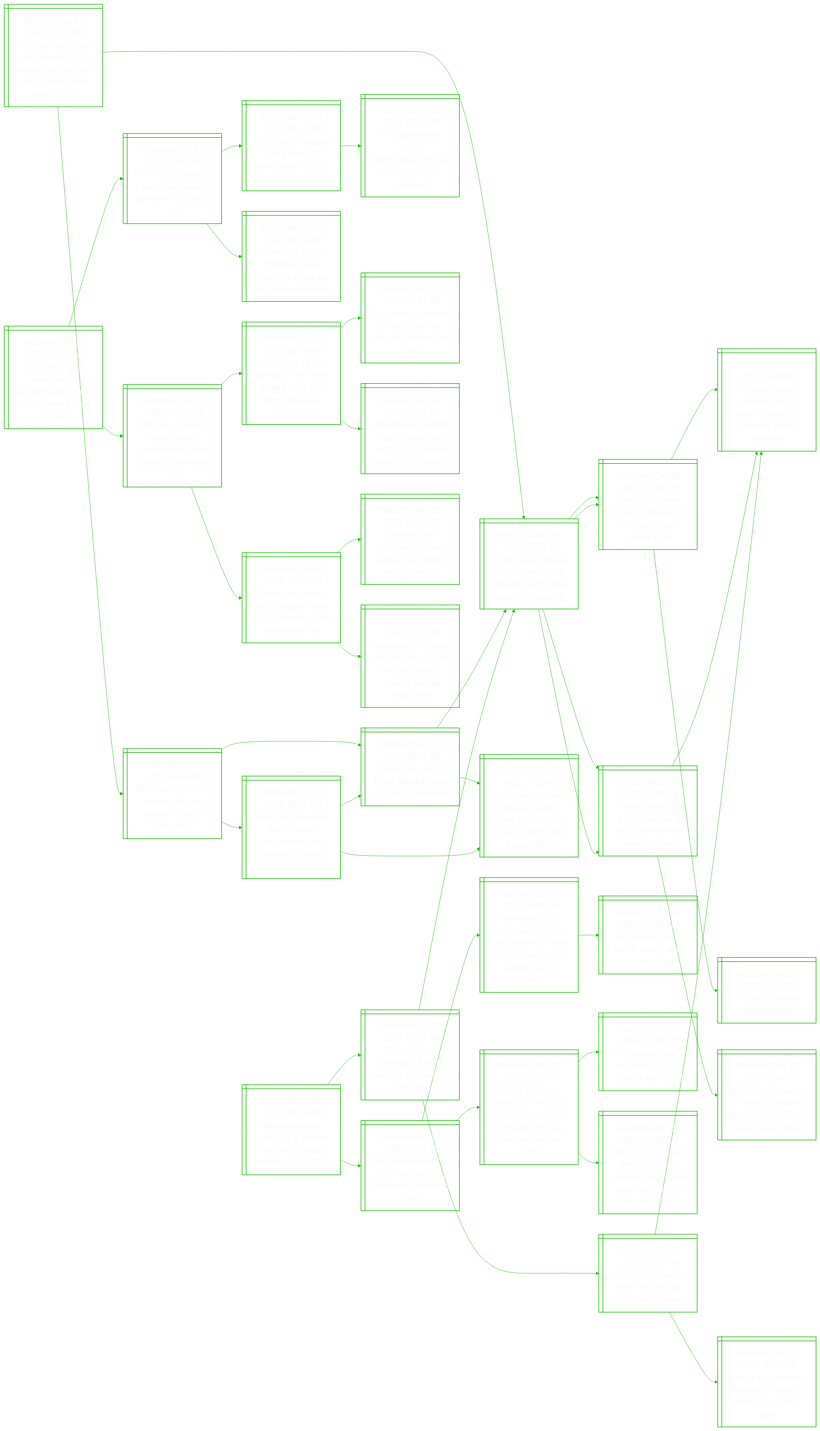
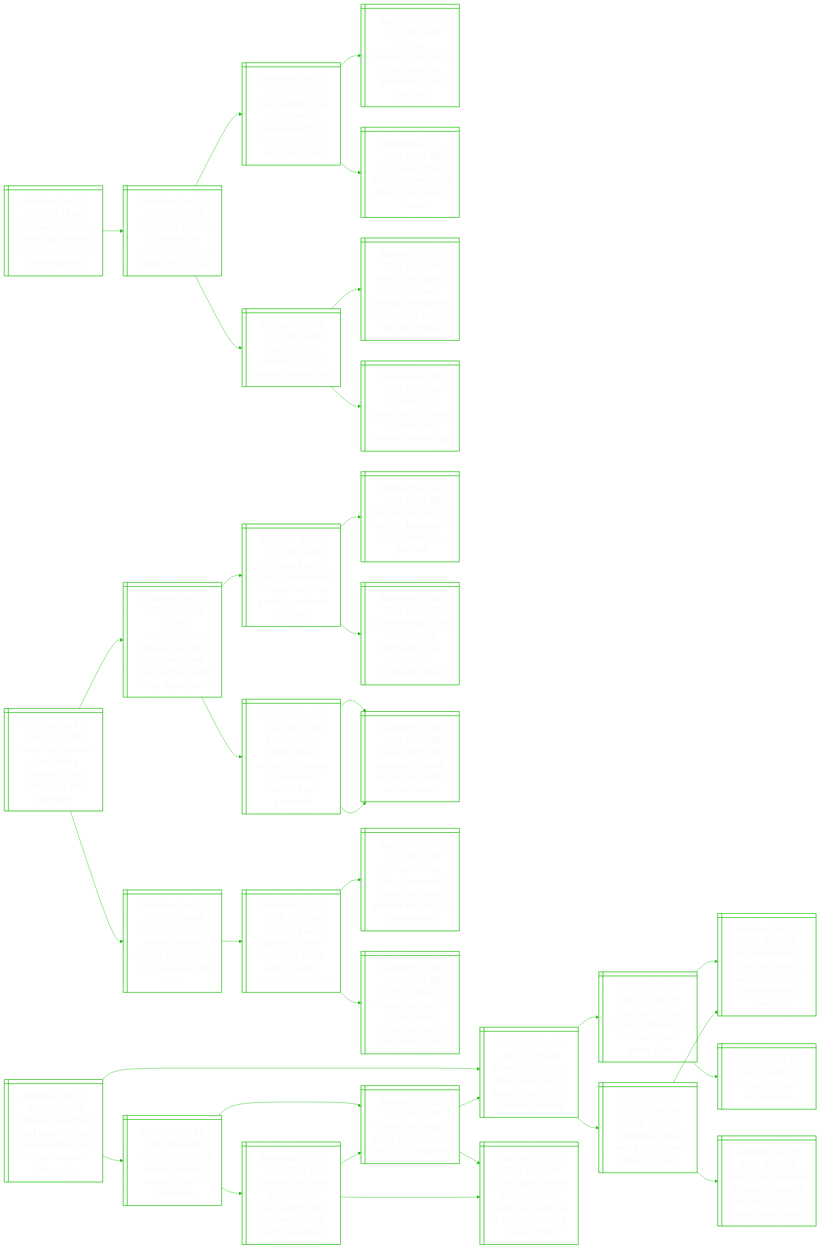
Before and after one commit to notJmes/notJmes: the diagram in README.md, drawn with Mermaid. The commit also changed other lines of this file, not shown here.

````diff
--- a/README.md
+++ b/README.md
@@ -15,6 +15,68 @@
 %%{init: {'theme':'base', 'themeVariables': {'primaryColor': "transparent", 'primaryTextColor': "#F9F9F9", 'lineColor': "#20C20E", 'primaryBorderColor':'#20C20E'}}}%%
 flowchart LR
 classDef txtsize font-size:20px;
+
+UedIlbiecaoWie@{ shape: win-pane, label: "_Published Jan 01, 2026, 09:14 AM_
+Un chief condemns israeli law blocking electricity, water for unrwa facilities" }
+Udiarutahu@{ shape: win-pane, label: "_Published Dec 29, 2025, 07:26 PM_
+Us pledges $2.6b in humanitarian support to un after huge cuts in 2025" }
+Uwrgyeasuaaura@{ shape: win-pane, label: "_Published Feb 28, 2025, 01:14 AM_
+Usaid workers say goodbye to headquarters as trump drastically cuts foreign aid" }
+Taitahnetidr@{ shape: win-pane, label: "_Published Feb 27, 2025, 09:53 AM_
+Trump administration says it has cancelled most foreign aid contracts" }
+Uuoenidrpri@{ shape: win-pane, label: "_Published Jan 25, 2025, 03:12 AM_
+Us issues broad freeze on foreign aid after trump orders review" }
+Usierian@{ shape: win-pane, label: "_Published Dec 08, 2025, 01:06 PM_
+Un cuts its aid appeal for 2026 despite soaring need" }
+TfsoaeivtacWudfa@{ shape: win-pane, label: "_Published Dec 03, 2025, 03:40 PM_
+Tens of thousands of gazans need medical evacuation, says doctors without borders official" }
+UsloolAfoia@{ shape: win-pane, label: "_Published Dec 06, 2025, 01:00 AM_
+Us sets 2027 deadline for europe to lead nato defence, officials say" }
+
+UedIlbiecaoWie:::txtsize --> Udiarutahu:::txtsize
+Udiarutahu:::txtsize --> Uwrgyeasuaaura:::txtsize
+Uwrgyeasuaaura:::txtsize --> Taitahnetidr:::txtsize
+Uwrgyeasuaaura:::txtsize --> Uuoenidrpri:::txtsize
+Udiarutahu:::txtsize --> Usierian:::txtsize
+Usierian:::txtsize --> TfsoaeivtacWudfa:::txtsize
+Usierian:::txtsize --> UsloolAfoia:::txtsize
+
+TsaarnoriLPa@{ shape: win-pane, label: "_Published Jan 01, 2026, 08:10 AM_
+Trump says national guard being removed from chicago, la and portland" }
+Taiteeiwniinorem@{ shape: win-pane, label: "_Published Oct 06, 2025, 12:28 AM_
+Trump administration declares us cities war zones amid rising tension over troop deployment" }
+UgcuemfoiGttfw@{ shape: win-pane, label: "_Published Oct 05, 2025, 09:28 AM_
+Us judge blocks trump’s deployment of oregon national guard to portland for now" }
+OntpplnStol@{ shape: win-pane, label: "_Published Sep 29, 2025, 07:15 AM_
+Oregon sues to stop trump’s deployment of us military to portland" }
+Twtfattaawrtr@{ shape: win-pane, label: "_Published Oct 04, 2025, 09:32 AM_
+Trump wants to cut federal aid to portland as his anger with protesters grows" }
+BronomCgrtonpn@{ shape: win-pane, label: "_Published Oct 05, 2025, 05:40 AM_
+Border patrol agents shoot woman in chicago as protesters confront ice personnel" }
+Pefttrshoatev@{ shape: win-pane, label: "_Published Oct 04, 2025, 03:30 AM_
+Police scuffle with protesters outside chicago ice facility, arrest several" }
+Pefttrshoatev@{ shape: win-pane, label: "_Published Oct 04, 2025, 03:30 AM_
+Police scuffle with protesters outside chicago ice facility, arrest several" }
+Uroespidyicrr@{ shape: win-pane, label: "_Published Dec 24, 2025, 06:14 AM_
+Us supreme court rejects trump’s military deployment in chicago area, for now" }
+NnaioraTcfiDrlr@{ shape: win-pane, label: "_Published Oct 09, 2025, 09:58 AM_
+National guard poised to enter chicago as trump calls for jailing democratic leaders" }
+TcfiDrlrrprCgln@{ shape: win-pane, label: "_Published Oct 08, 2025, 09:31 PM_
+Trump calls for jailing democratic leaders as troops prepare for chicago deployment" }
+TsanIroeahwhcce@{ shape: win-pane, label: "_Published Oct 08, 2025, 12:02 AM_
+Trump’s threat to invoke insurrection act escalates showdown with democratic cities" }
+
+TsaarnoriLPa:::txtsize --> Taiteeiwniinorem:::txtsize
+Taiteeiwniinorem:::txtsize --> UgcuemfoiGttfw:::txtsize
+UgcuemfoiGttfw:::txtsize --> OntpplnStol:::txtsize
+UgcuemfoiGttfw:::txtsize --> Twtfattaawrtr:::txtsize
+Taiteeiwniinorem:::txtsize --> BronomCgrtonpn:::txtsize
+BronomCgrtonpn:::txtsize --> Pefttrshoatev:::txtsize
+BronomCgrtonpn:::txtsize --> Pefttrshoatev:::txtsize
+TsaarnoriLPa:::txtsize --> Uroespidyicrr:::txtsize
+Uroespidyicrr:::txtsize --> NnaioraTcfiDrlr:::txtsize
+NnaioraTcfiDrlr:::txtsize --> TcfiDrlrrprCgln:::txtsize
+NnaioraTcfiDrlr:::txtsize --> TsanIroeahwhcce:::txtsize
 
 Unlyhtwealpnwu@{ shape: win-pane, label: "_Published Jan 01, 2026, 07:29 AM_
 Ukraine’s zelensky says he won’t sign weak deal that will only prolong war with russia" }
@@ -62,84 +124,4 @@
 Woouscttkecuen:::txtsize --> RaUnaPsKahieiaf:::txtsize
 Woouscttkecuen:::txtsize --> Tvnbldcure:::txtsize
 
-Usrrfrreiscrs@{ shape: win-pane, label: "_Published Jan 01, 2026, 06:44 AM_
-Us coast guard searches for survivors after strike on suspected drug vessels" }
-Irseravrrfas@{ shape: win-pane, label: "_Published Oct 17, 2025, 08:00 AM_
-In a first, us strike in caribbean leaves survivors, us official says" }
-UiaegonllTs@{ shape: win-pane, label: "_Published Oct 15, 2025, 04:50 AM_
-Us strike on alleged drug boat off venezuela kills six, trump says" }
-Ugcumtoeonns@{ shape: win-pane, label: "_Published Sep 02, 2025, 09:49 PM_
-Us judge blocks trump administration’s use of troops in los angeles" }
-UuCiboontnls@{ shape: win-pane, label: "_Published Oct 11, 2025, 07:58 AM_
-Un security council members voice concern about us-venezuela tensions" }
-Voiriorrlisms@{ shape: win-pane, label: "_Published Dec 05, 2025, 01:36 AM_
-Video of us military strike shows survivors in ‘clear distress’, lawmaker says" }
-UikperngutVura@{ shape: win-pane, label: "_Published Sep 03, 2025, 04:19 AM_
-Us military kills 11 people in strike on alleged drug boat from venezuela, trump says" }
-Ulfsrafapay@{ shape: win-pane, label: "_Published Aug 30, 2025, 03:43 AM_
-Us builds up forces in caribbean as officials, experts, ask why" }
-VuMoUswieggoy@{ shape: win-pane, label: "_Published Sep 02, 2025, 01:19 AM_
-Venezuela’s maduro says us warships with 1,200 missiles targeting his country" }
-PgvaHtrasoei@{ shape: win-pane, label: "_Published Dec 04, 2025, 05:30 AM_
-Pentagon review faults hegseth over signal messages on yemen strikes" }
-WHmkssnliui@{ shape: win-pane, label: "_Published Mar 25, 2025, 04:50 AM_
-White house mistakenly shares yemen war plans with journalist" }
-Pgitsahltnkldb@{ shape: win-pane, label: "_Published Dec 03, 2025, 03:21 AM_
-Pentagon chief pete hegseth says us has ‘only just begun’ striking alleged drug boats" }
-
-Usrrfrreiscrs:::txtsize --> Irseravrrfas:::txtsize
-Irseravrrfas:::txtsize --> UiaegonllTs:::txtsize
-UiaegonllTs:::txtsize --> Ugcumtoeonns:::txtsize
-Irseravrrfas:::txtsize --> UuCiboontnls:::txtsize
-Usrrfrreiscrs:::txtsize --> Voiriorrlisms:::txtsize
-Voiriorrlisms:::txtsize --> UikperngutVura:::txtsize
-UikperngutVura:::txtsize --> Ulfsrafapay:::txtsize
-UikperngutVura:::txtsize --> VuMoUswieggoy:::txtsize
-Voiriorrlisms:::txtsize --> PgvaHtrasoei:::txtsize
-PgvaHtrasoei:::txtsize --> WHmkssnliui:::txtsize
-PgvaHtrasoei:::txtsize --> Pgitsahltnkldb:::txtsize
-
-WYresemhiJ@{ shape: win-pane, label: "_Published Jan 01, 2026, 06:35 AM_
-While you were sleeping: 5 stories you might have missed, jan 1, 2026" }
-Speehlirane@{ shape: win-pane, label: "_Published Jan 01, 2026, 01:13 AM_
-Singapore welcomes 2026 with dazzling fireworks, heartland cheer" }
-Nanniocosniyaeo@{ shape: win-pane, label: "_Published Dec 31, 2025, 08:06 PM_
-New year 2026 countdowns: police close access to areas around marina bay, kallang due to crowds" }
-SppHnoTl@{ shape: win-pane, label: "_Published Nov 28, 2025, 07:42 PM_
-Singapore sports hub is now known as the kallang" }
-SemwrybrdapiW@{ shape: win-pane, label: "_Published Dec 31, 2025, 06:00 PM_
-S’pore economy grew 4.8% in 2025, strategy must be refreshed to stay competitive: pm wong" }
-PrWovdpo@{ shape: win-pane, label: "_Published Dec 29, 2025, 10:00 AM_
-Pm lawrence wong to deliver budget speech on feb 12" }
-Sgawhsdnarldnos@{ shape: win-pane, label: "_Published Dec 27, 2025, 05:00 AM_
-Strong job market, wealth gains to underpin singapore retail spending in 2026: economists" }
-Ucsnkerutil@{ shape: win-pane, label: "_Published Jan 01, 2026, 02:09 AM_
-Us discusses stronger ukraine security guarantees with allies" }
-Tskecrokutlyi@{ shape: win-pane, label: "_Published Dec 29, 2025, 07:03 AM_
-Trump says ukraine deal closer but no breakthrough after zelensky meeting" }
-Zsmrnirsrpp@{ shape: win-pane, label: "_Published Dec 28, 2025, 01:05 PM_
-Zelensky to meet trump in florida for talks on ukraine peace plan" }
-Tsadvkhnrem@{ shape: win-pane, label: "_Published Dec 29, 2025, 02:09 AM_
-Trump says has 'productive' talks with putin before zelensky meet" }
-Ueyasiaely@{ shape: win-pane, label: "_Published Dec 29, 2025, 09:18 PM_
-Us offered kyiv 15 years of security guarantees: zelensky" }
-RaUnkoelUcn@{ shape: win-pane, label: "_Published Dec 27, 2025, 02:34 AM_
-Russia says ukraine seeking to ‘torpedo’ talks on us peace plan" }
-RanssdieZsue@{ shape: win-pane, label: "_Published Dec 27, 2025, 08:49 AM_
-Russian drones, missiles pound ukraine ahead of zelensky-trump meeting" }
-
-WYresemhiJ:::txtsize --> Speehlirane:::txtsize
-Speehlirane:::txtsize --> Nanniocosniyaeo:::txtsize
-Nanniocosniyaeo:::txtsize --> SppHnoTl:::txtsize
-Speehlirane:::txtsize --> SemwrybrdapiW:::txtsize
-SemwrybrdapiW:::txtsize --> PrWovdpo:::txtsize
-SemwrybrdapiW:::txtsize --> Sgawhsdnarldnos:::txtsize
-WYresemhiJ:::txtsize --> Ucsnkerutil:::txtsize
-Ucsnkerutil:::txtsize --> Tskecrokutlyi:::txtsize
-Tskecrokutlyi:::txtsize --> Zsmrnirsrpp:::txtsize
-Tskecrokutlyi:::txtsize --> Tsadvkhnrem:::txtsize
-Ucsnkerutil:::txtsize --> Ueyasiaely:::txtsize
-Ueyasiaely:::txtsize --> RaUnkoelUcn:::txtsize
-Ueyasiaely:::txtsize --> RanssdieZsue:::txtsize
-
 ```
````
